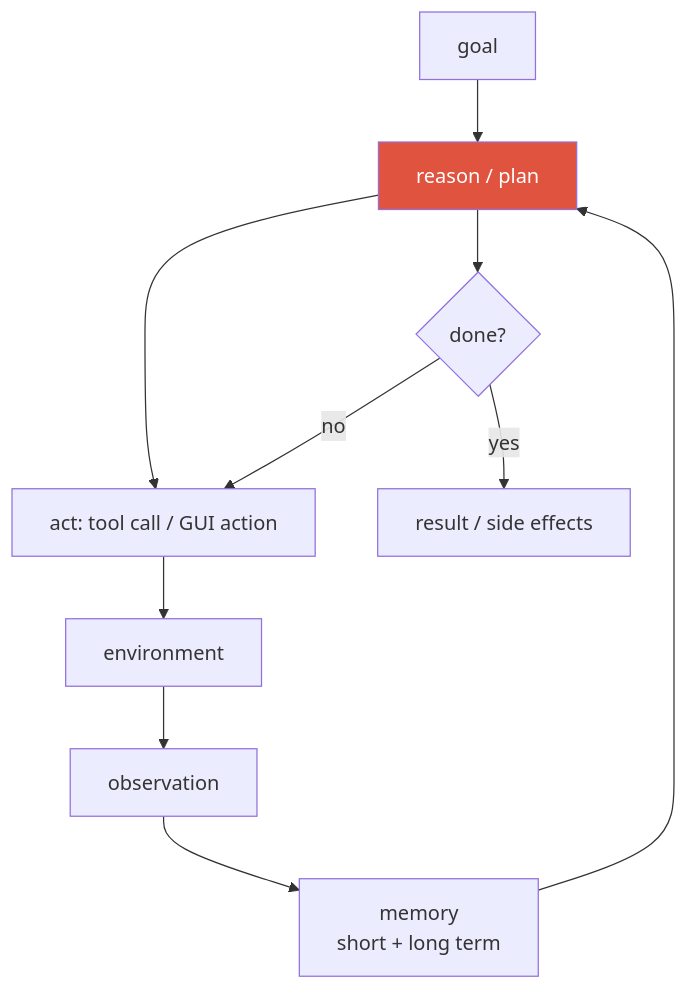
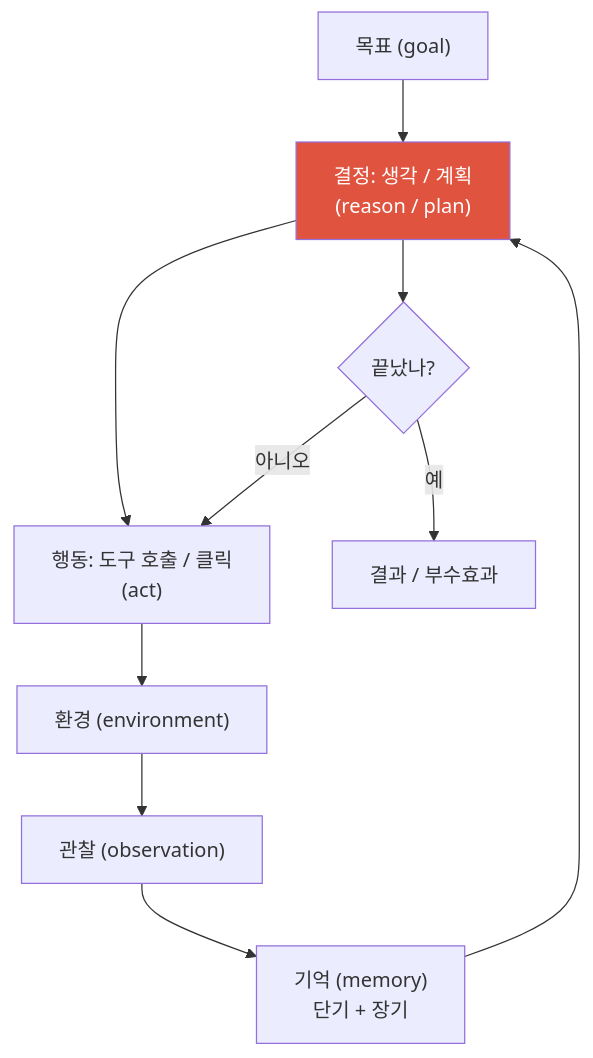
The first of 3 diagrams in content/llm/agents.ko.md (beomyoung-kim/ml_study), drawn with Mermaid before and after one commit. The commit also changed other lines of this file and 209 other files, not shown here.

````diff
--- a/content/llm/agents.ko.md
+++ b/content/llm/agents.ko.md
@@ -8,13 +46,13 @@
 ```mermaid
 flowchart TB
-  G["goal"] --> Plan["reason / plan"]
-  Plan --> Act["act: tool call / GUI action"]
-  Act --> Env["environment"]
-  Env --> Obs["observation"]
-  Obs --> Mem["memory<br/>short + long term"]
+  G["목표 (goal)"] --> Plan["결정: 생각 / 계획<br/>(reason / plan)"]
+  Plan --> Act["행동: 도구 호출 / 클릭<br/>(act)"]
+  Act --> Env["환경 (environment)"]
+  Env --> Obs["관찰 (observation)"]
+  Obs --> Mem["기억 (memory)<br/>단기 + 장기"]
   Mem --> Plan
-  Plan --> Done{"done?"}
-  Done -->|no| Act
-  Done -->|yes| Out["result / side effects"]
+  Plan --> Done{"끝났나?"}
+  Done -->|아니오| Act
+  Done -->|예| Out["결과 / 부수효과"]
   style Plan fill:#e0533f,color:#fff
 ```
````
